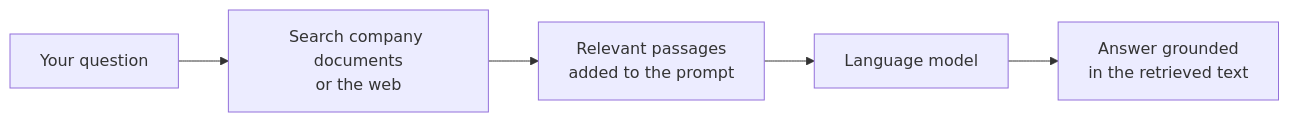
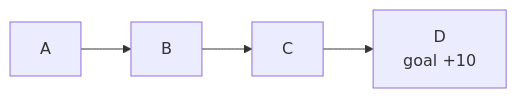
Diagram 17 of 18 in Main/study-guide/v1.0/stage1_Content.md (benngiiii/BABI-GULING), drawn with Mermaid before and after one commit. The commit also changed other lines of this file, not shown here.

````diff
--- a/Main/study-guide/v1.0/stage1_Content.md
+++ b/Main/study-guide/v1.0/stage1_Content.md
@@ -1463,9 +1960,4 @@
 ```mermaid
 flowchart LR
-    Q["Your question"]
-    R["Search company documents<br/>or the web"]
-    P["Relevant passages<br/>added to the prompt"]
-    M["Language model"]
-    A["Answer grounded<br/>in the retrieved text"]
-    Q --> R --> P --> M --> A
+    A["A"] --> B["B"] --> C["C"] --> D["D<br/>goal +10"]
 ```
````
